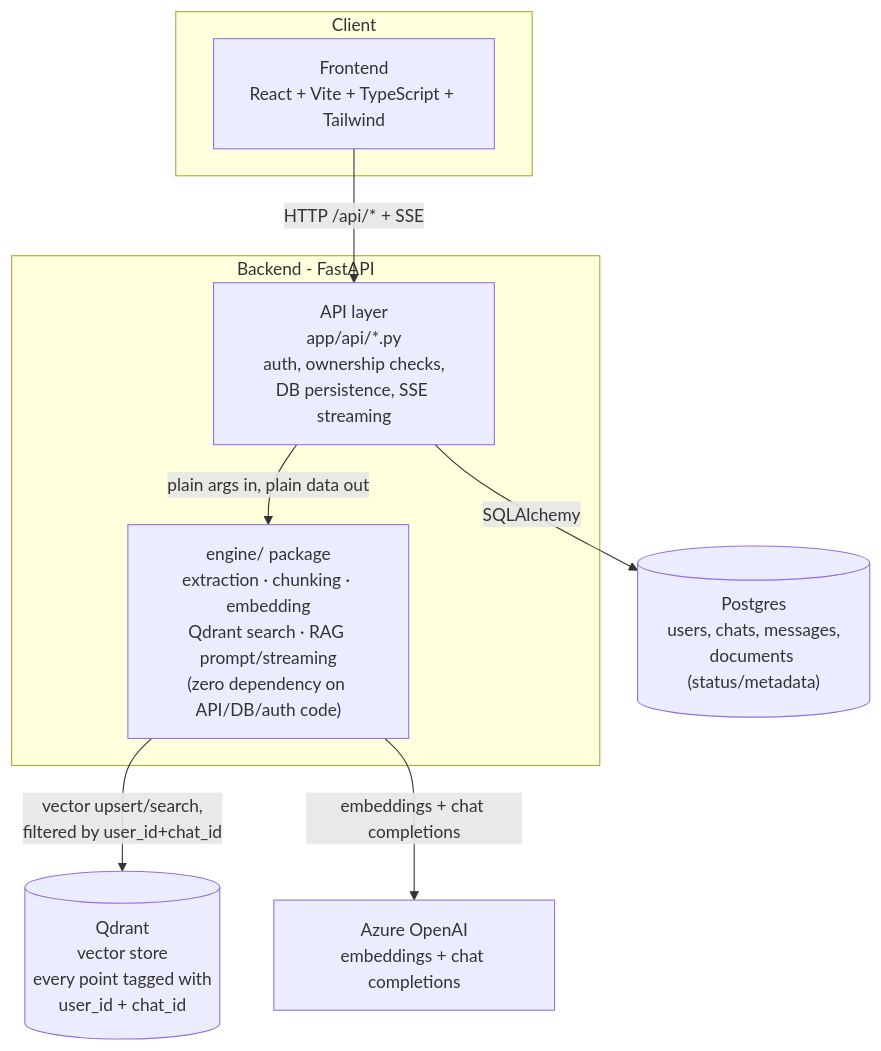
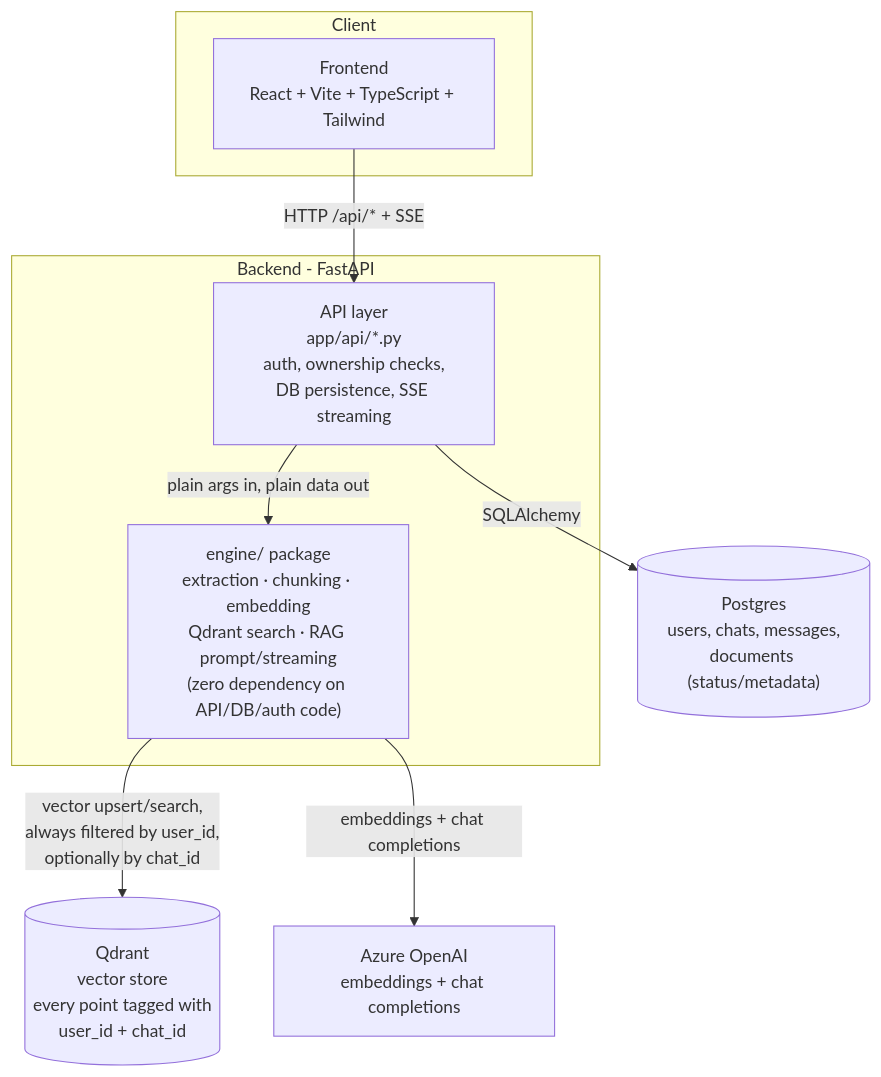
Before and after one commit to MuhammadWaqar621/querynest: the diagram in README.md, drawn with Mermaid. The commit also changed other lines of this file and 7 other files, not shown here.

````diff
--- a/README.md
+++ b/README.md
@@ -21,21 +21,21 @@
 ```mermaid
 flowchart TB
     subgraph Client
         FE["Frontend<br/>React + Vite + TypeScript + Tailwind"]
     end
 
     subgraph Backend["Backend - FastAPI"]
         API["API layer<br/>app/api/*.py<br/>auth, ownership checks,<br/>DB persistence, SSE streaming"]
         ENGINE["engine/ package<br/>extraction · chunking · embedding<br/>Qdrant search · RAG prompt/streaming<br/>(zero dependency on API/DB/auth code)"]
     end
 
     PG[("Postgres<br/>users, chats, messages,<br/>documents (status/metadata)")]
     QD[("Qdrant<br/>vector store<br/>every point tagged with<br/>user_id + chat_id")]
     AZ["Azure OpenAI<br/>embeddings + chat completions"]
 
     FE -- "HTTP /api/* + SSE" --> API
     API -- "plain args in, plain data out" --> ENGINE
     API -- "SQLAlchemy" --> PG
-    ENGINE -- "vector upsert/search,<br/>filtered by user_id+chat_id" --> QD
+    ENGINE -- "vector upsert/search,<br/>always filtered by user_id,<br/>optionally by chat_id" --> QD
     ENGINE -- "embeddings + chat completions" --> AZ
 ```
````
